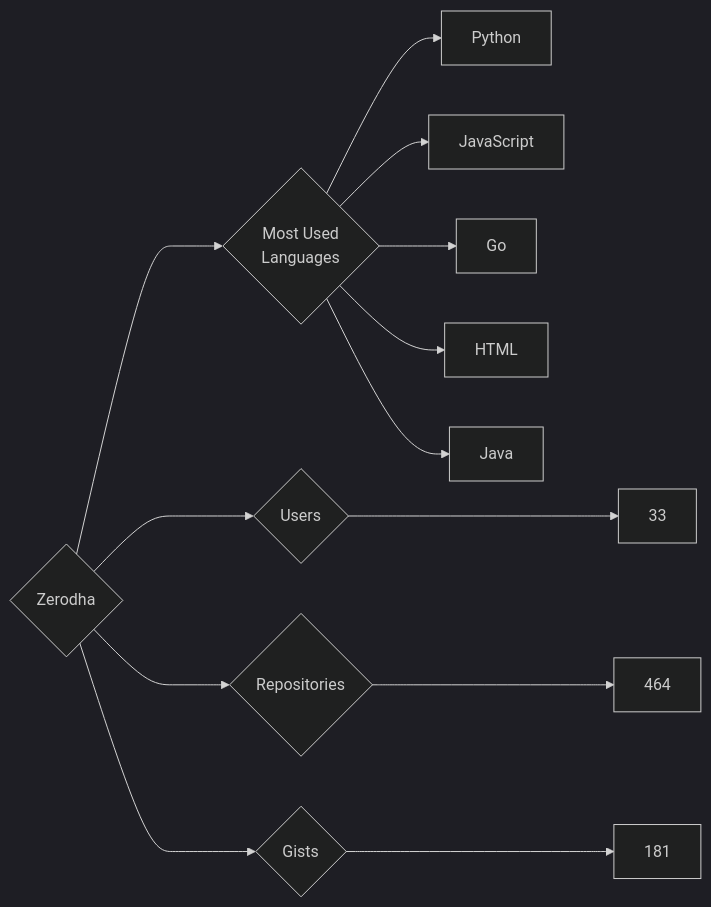
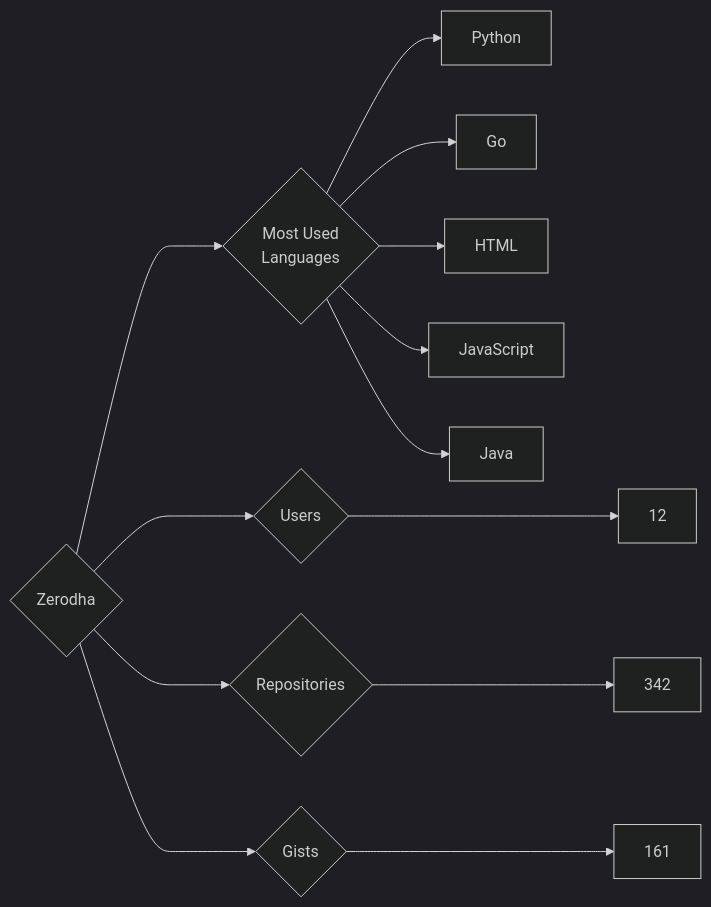
One commit to trickest/insiders changed the diagram in targets/Zerodha/README.md. Above: the diagram before and after it, drawn with Mermaid (dark theme). The commit also changed 728 other files, not shown here.

````diff
--- a/targets/Zerodha/README.md
+++ b/targets/Zerodha/README.md
@@ -3,13 +3,13 @@
 ```mermaid
 graph LR
 COMPANY_NAME{Zerodha}
-COMPANY_NAME ---> U{Users} ---> UN[33]
-COMPANY_NAME ---> R{Repositories} ---> RN[464]
-COMPANY_NAME ---> G{Gists} ---> GN[181]
+COMPANY_NAME ---> U{Users} ---> UN[12]
+COMPANY_NAME ---> R{Repositories} ---> RN[342]
+COMPANY_NAME ---> G{Gists} ---> GN[161]
 COMPANY_NAME ---> ML{Most Used<br>Languages}
 ML --> Python[Python]
-ML --> JavaScript[JavaScript]
 ML --> Go[Go]
 ML --> HTML[HTML]
+ML --> JavaScript[JavaScript]
 ML --> Java[Java]
 ```
````
